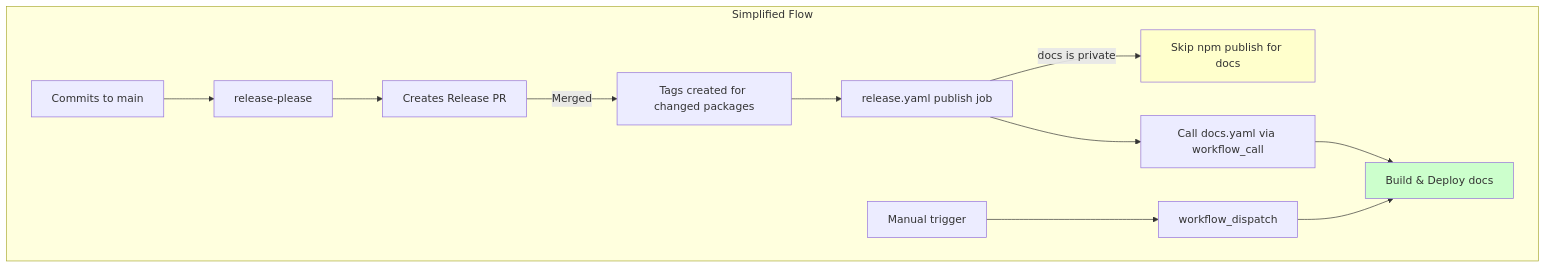
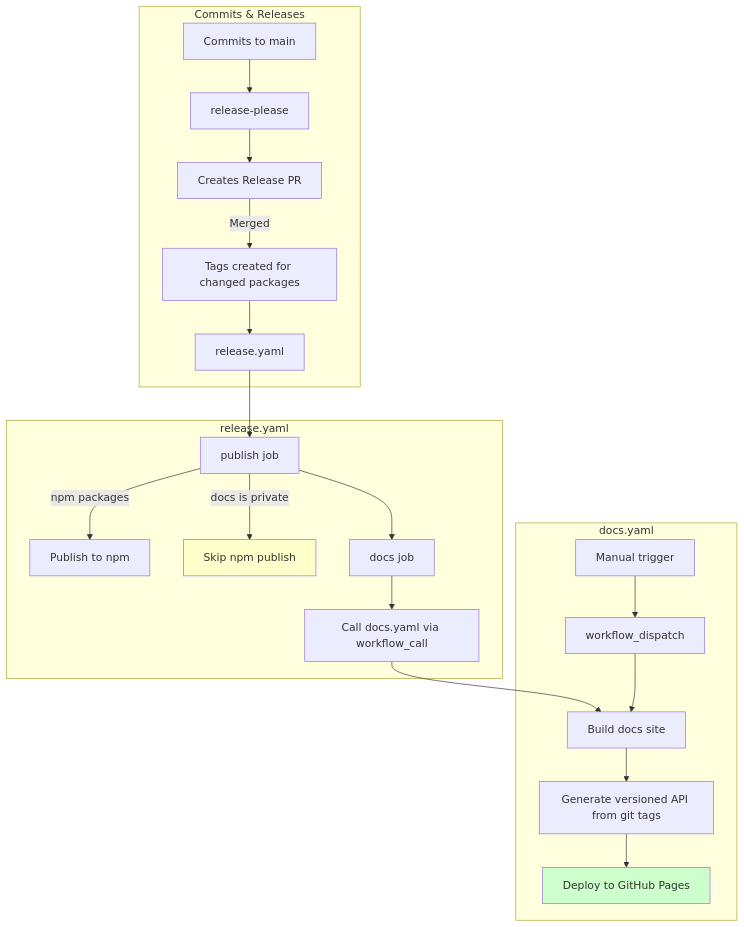
The diagram in packages/docs/README.md (Texarkanine/a16n), drawn with Mermaid before and after one commit. The commit also changed other lines of this file and 3 other files, not shown here.

First line of the commit message:
feat(docs): simplify workflow by adding docs to release-please

````diff
--- a/packages/docs/README.md
+++ b/packages/docs/README.md
@@ -234,18 +169,29 @@
 ```mermaid
 flowchart TD
-    subgraph "Simplified Flow"
+    subgraph "Commits & Releases"
         A[Commits to main] --> B[release-please]
         B --> C[Creates Release PR]
         C -->|Merged| D[Tags created for changed packages]
-        D --> E[release.yaml publish job]
-        E -->|docs is private| F[Skip npm publish for docs]
-        E --> G[Call docs.yaml via workflow_call]
-        G --> H[Build & Deploy docs]
-        
-        I[Manual trigger] --> J[workflow_dispatch]
-        J --> H
+        D --> E[release.yaml]
     end
     
-    style F fill:#ffffcc
-    style H fill:#ccffcc
+    subgraph "release.yaml"
+        E --> F[publish job]
+        F -->|npm packages| G[Publish to npm]
+        F -->|docs is private| H[Skip npm publish]
+        F --> I[docs job]
+        I --> J[Call docs.yaml via workflow_call]
+    end
+    
+    subgraph "docs.yaml"
+        J --> K[Build docs site]
+        K --> L[Generate versioned API from git tags]
+        L --> M[Deploy to GitHub Pages]
+        
+        N[Manual trigger] --> O[workflow_dispatch]
+        O --> K
+    end
+    
+    style H fill:#ffffcc
+    style M fill:#ccffcc
 ```
````
